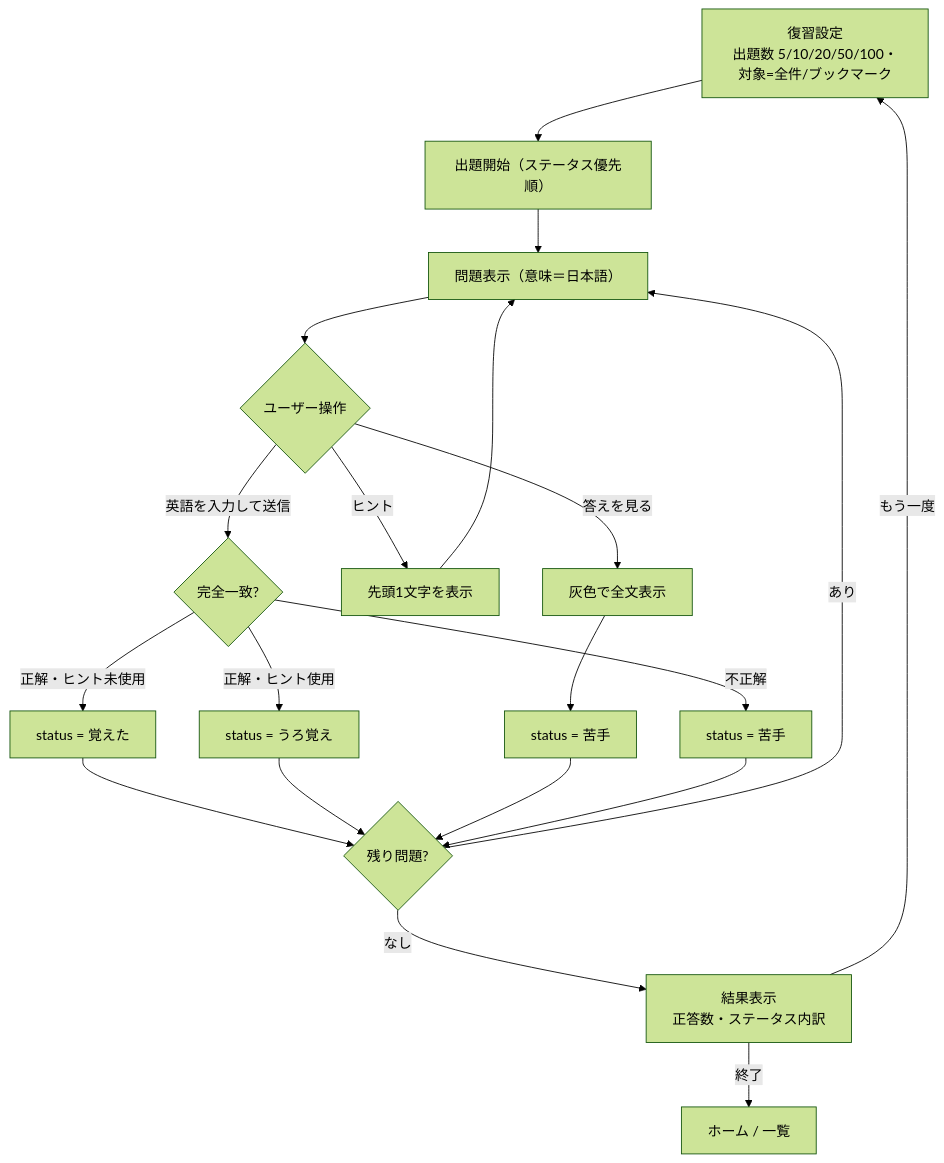
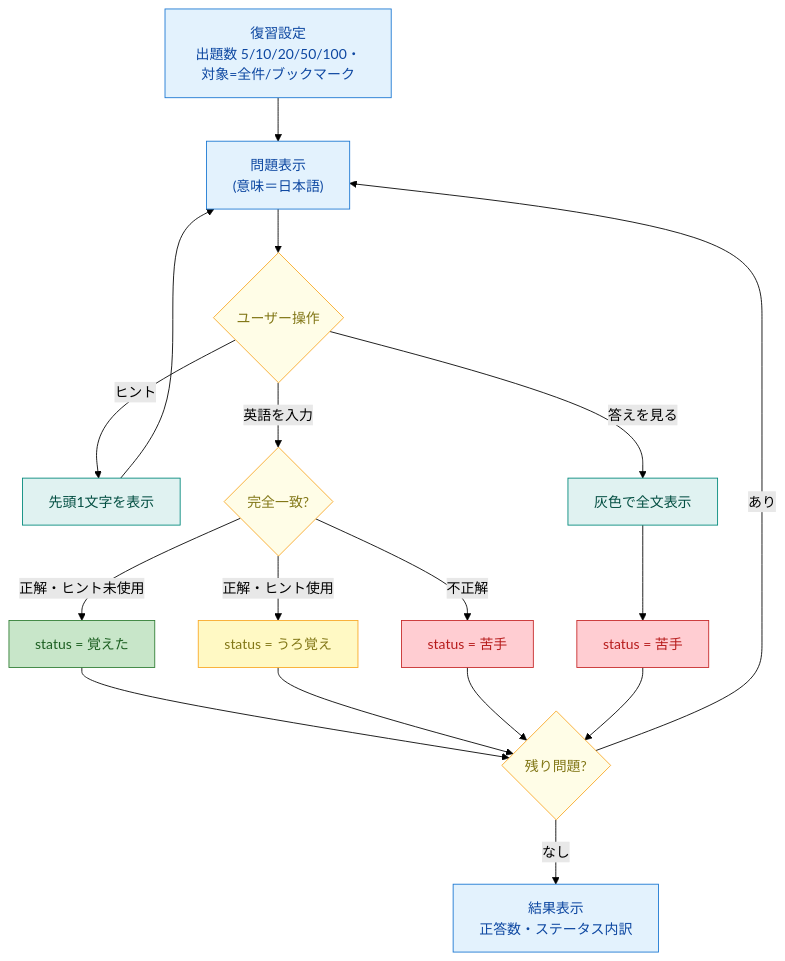
One commit to komikonkon/Rakuku changed the fifth of 5 diagrams in docs/screen-flow.md. Above: the diagram before and after it, drawn with Mermaid (forest theme). The commit also changed other lines of this file and 1 other file, not shown here.

First line of the commit message:
Improve diagrams: color-coding, fewer line crossings, review-friendly layout

````diff
--- a/docs/screen-flow.md
+++ b/docs/screen-flow.md
@@ -84,26 +111,29 @@
 ```mermaid
 flowchart TD
-    Cfg["復習設定<br/>出題数 5/10/20/50/100・対象=全件/ブックマーク"] --> Begin["出題開始（ステータス優先順）"]
-    Begin --> Q["問題表示（意味＝日本語）"]
-    Q --> Op{"ユーザー操作"}
+    Cfg["復習設定<br/>出題数 5/10/20/50/100・対象=全件/ブックマーク"]:::screen --> Q["問題表示<br/>(意味＝日本語)"]:::screen
+    Q --> Op{"ユーザー操作"}:::dec
 
-    Op -->|英語を入力して送信| Judge{"完全一致?"}
-    Op -->|ヒント| Hint["先頭1文字を表示"]
-    Op -->|答えを見る| Reveal["灰色で全文表示"]
+    Op -->|ヒント| Hint["先頭1文字を表示"]:::proc --> Q
+    Op -->|英語を入力| Judge{"完全一致?"}:::dec
+    Op -->|答えを見る| Reveal["灰色で全文表示"]:::proc
 
-    Hint --> Q
-    Reveal --> SetWeak1["status = 苦手"]
-    Judge -->|正解・ヒント未使用| SetLearned["status = 覚えた"]
-    Judge -->|正解・ヒント使用| SetVague["status = うろ覚え"]
-    Judge -->|不正解| SetWeak2["status = 苦手"]
+    Judge -->|正解・ヒント未使用| SLearned["status = 覚えた"]:::learned
+    Judge -->|正解・ヒント使用| SVague["status = うろ覚え"]:::vague
+    Judge -->|不正解| SWeak["status = 苦手"]:::weak
+    Reveal --> SWeak2["status = 苦手"]:::weak
 
-    SetLearned --> Next
-    SetVague --> Next
-    SetWeak1 --> Next
-    SetWeak2 --> Next
+    SLearned --> Next{"残り問題?"}:::dec
+    SVague --> Next
+    SWeak --> Next
+    SWeak2 --> Next
 
-    Next{"残り問題?"} -->|あり| Q
-    Next -->|なし| Result["結果表示<br/>正答数・ステータス内訳"]
-    Result -->|もう一度| Cfg
-    Result -->|終了| HomeEnd["ホーム / 一覧"]
+    Next -->|あり| Q
+    Next -->|なし| Result["結果表示<br/>正答数・ステータス内訳"]:::screen
+
+    classDef screen  fill:#E3F2FD,stroke:#1976D2,color:#0D47A1;
+    classDef proc    fill:#E0F2F1,stroke:#00897B,color:#004D40;
+    classDef dec     fill:#FFFDE7,stroke:#F9A825,color:#827717;
+    classDef learned fill:#C8E6C9,stroke:#2E7D32,color:#1B5E20;
+    classDef vague   fill:#FFF9C4,stroke:#F9A825,color:#827717;
+    classDef weak    fill:#FFCDD2,stroke:#C62828,color:#B71C1C;
 ```
````
